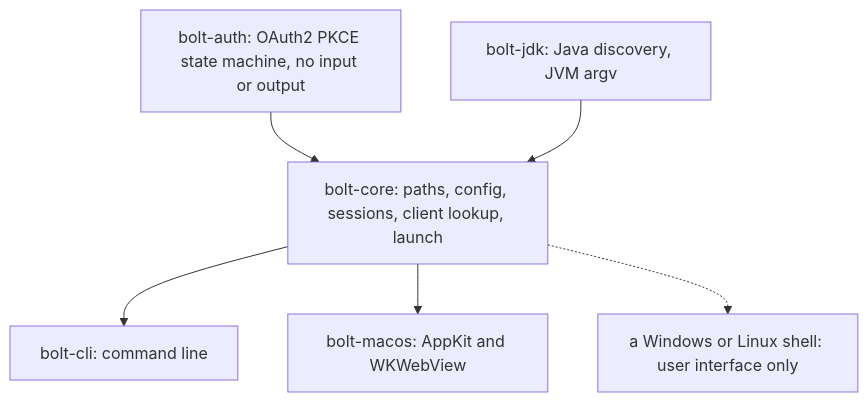
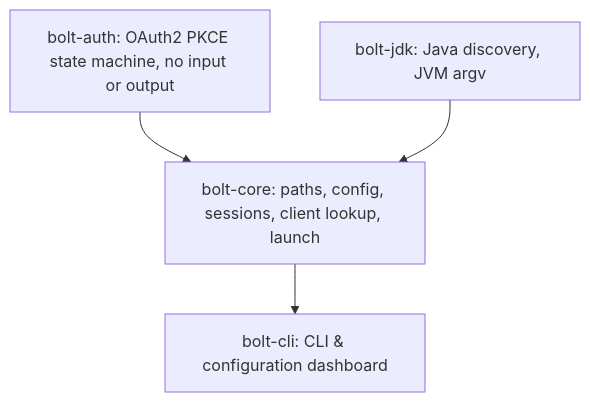
Before and after one commit to nullparity/rustyBolt: the diagram in README.md, drawn with Mermaid. The commit also changed other lines of this file and 14 other files, not shown here.

First line of the commit message:
refactor: replace macOS AppKit shell with cross-platform browser UI

````diff
--- a/README.md
+++ b/README.md
@@ -103,8 +89,6 @@
 ```mermaid
 graph TD
     A[bolt-auth: OAuth2 PKCE state machine, no input or output] --> C[bolt-core]
     B[bolt-jdk: Java discovery, JVM argv] --> C
-    C[bolt-core: paths, config, sessions, client lookup, launch] --> D[bolt-cli: command line]
-    C --> E[bolt-macos: AppKit and WKWebView]
-    C -.-> F[a Windows or Linux shell: user interface only]
+    C[bolt-core: paths, config, sessions, client lookup, launch] --> D[bolt-cli: CLI & configuration dashboard]
 ```
````
